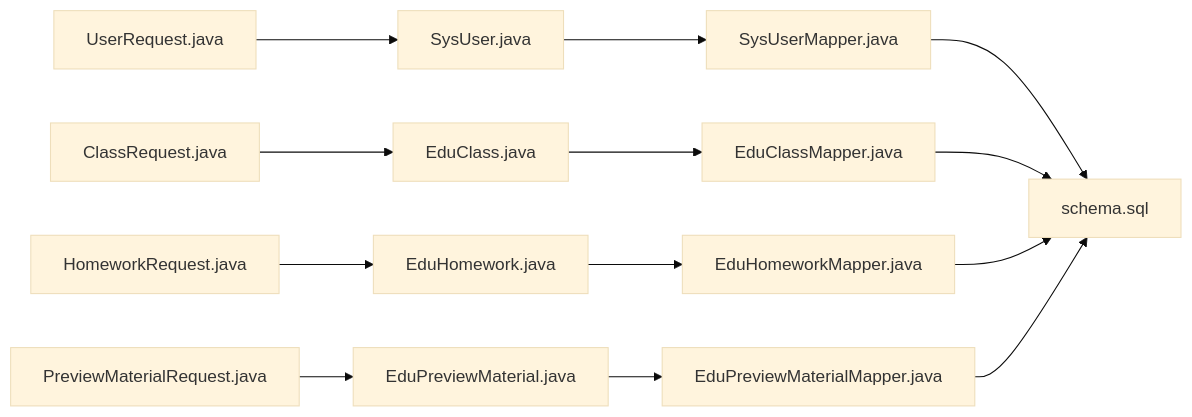
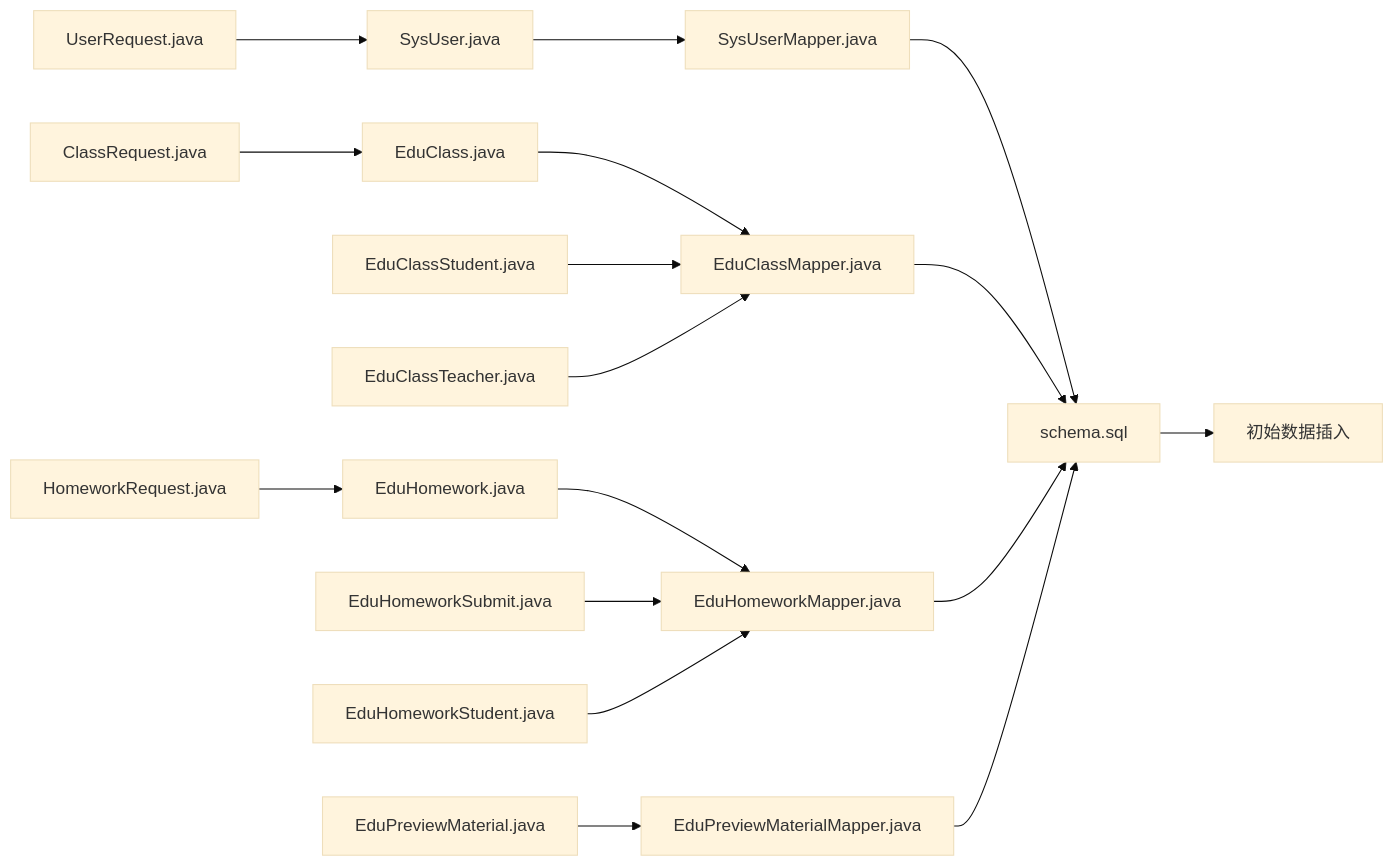
The fifth of 5 diagrams in .qoder/repowiki/zh/content/数据库设计/表结构设计.md (Jian9527/HelenEdu), drawn with Mermaid (base theme) before and after one commit. The commit also changed other lines of this file and 41 other files, not shown here.

````diff
--- a/.qoder/repowiki/zh/content/数据库设计/表结构设计.md
+++ b/.qoder/repowiki/zh/content/数据库设计/表结构设计.md
@@ -323,15 +471,19 @@
 ```mermaid
 graph LR
 E_SYS_USER["SysUser.java"] --> M_SYS_USER["SysUserMapper.java"]
 E_EDU_CLASS["EduClass.java"] --> M_EDU_CLASS["EduClassMapper.java"]
 E_EDU_HOMEWORK["EduHomework.java"] --> M_EDU_HOMEWORK["EduHomeworkMapper.java"]
 E_EDU_PREVIEW["EduPreviewMaterial.java"] --> M_EDU_PREVIEW["EduPreviewMaterialMapper.java"]
+E_CLASS_STUDENT["EduClassStudent.java"] --> M_EDU_CLASS["EduClassMapper.java"]
+E_CLASS_TEACHER["EduClassTeacher.java"] --> M_EDU_CLASS["EduClassMapper.java"]
+E_HOMEWORK_SUBMIT["EduHomeworkSubmit.java"] --> M_EDU_HOMEWORK["EduHomeworkMapper.java"]
+E_HOMEWORK_STUDENT["EduHomeworkStudent.java"] --> M_EDU_HOMEWORK["EduHomeworkMapper.java"]
 D_USER["UserRequest.java"] --> E_SYS_USER
 D_CLASS["ClassRequest.java"] --> E_EDU_CLASS
 D_HOMEWORK["HomeworkRequest.java"] --> E_EDU_HOMEWORK
-D_PREVIEW["PreviewMaterialRequest.java"] --> E_EDU_PREVIEW
 M_SYS_USER --> DB["schema.sql"]
 M_EDU_CLASS --> DB
 M_EDU_HOMEWORK --> DB
 M_EDU_PREVIEW --> DB
+DB --> INIT_DATA["初始数据插入"]
 ```
````
